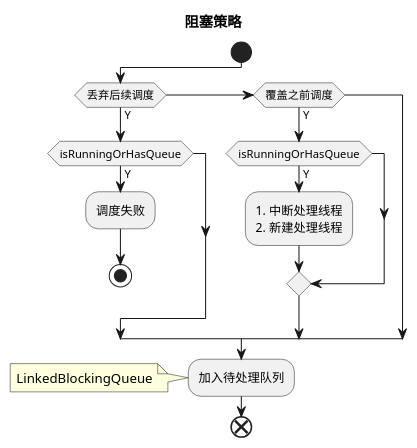
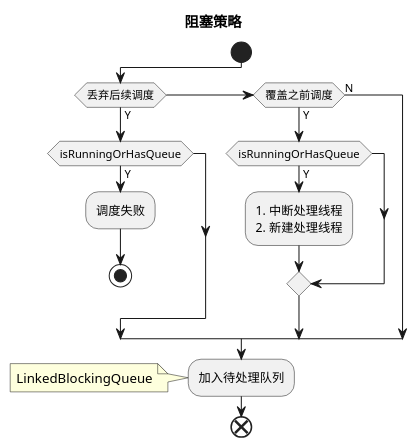
One commit to Sean-K-Wu/xxl-job changed the diagram in doc/uml/sequence/executor/executor-block.puml. Above: the diagram before and after it, drawn with PlantUML. The commit also changed 9 other files, not shown here.

```diff
--- a/doc/uml/sequence/executor/executor-block.puml
+++ b/doc/uml/sequence/executor/executor-block.puml
@@ -1,21 +1,22 @@
 @startuml
 title 阻塞策略
 
 start
 if (丢弃后续调度) then (Y)
   if (isRunningOrHasQueue) then (Y)
     :调度失败;
     stop
   endif
 elseif (覆盖之前调度) then (Y)
   if (isRunningOrHasQueue) then (Y)
     :1. 中断处理线程\n2. 新建处理线程;
   endif
+else (N)
 endif
 
 :加入待处理队列;
 note left
     LinkedBlockingQueue
 end note
 end
 @enduml
```
